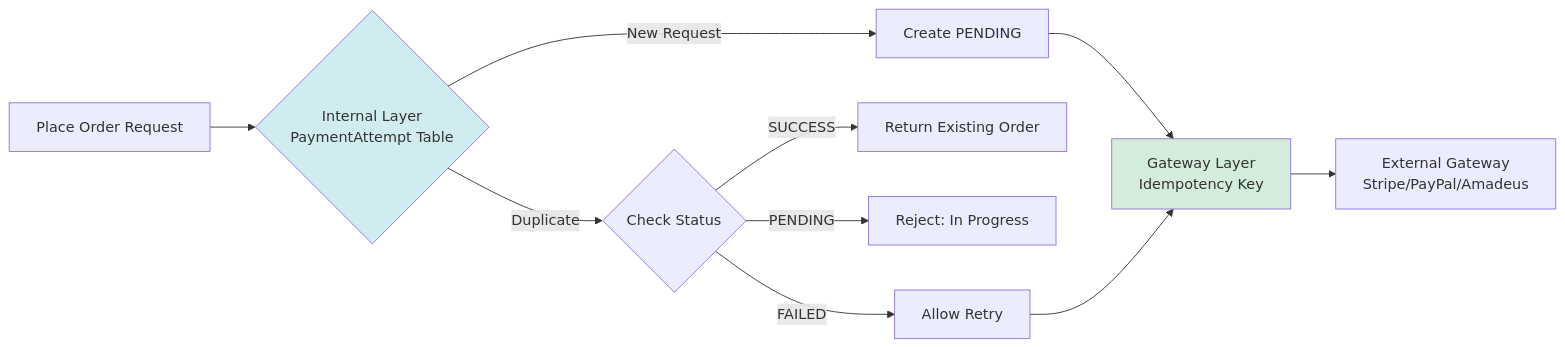
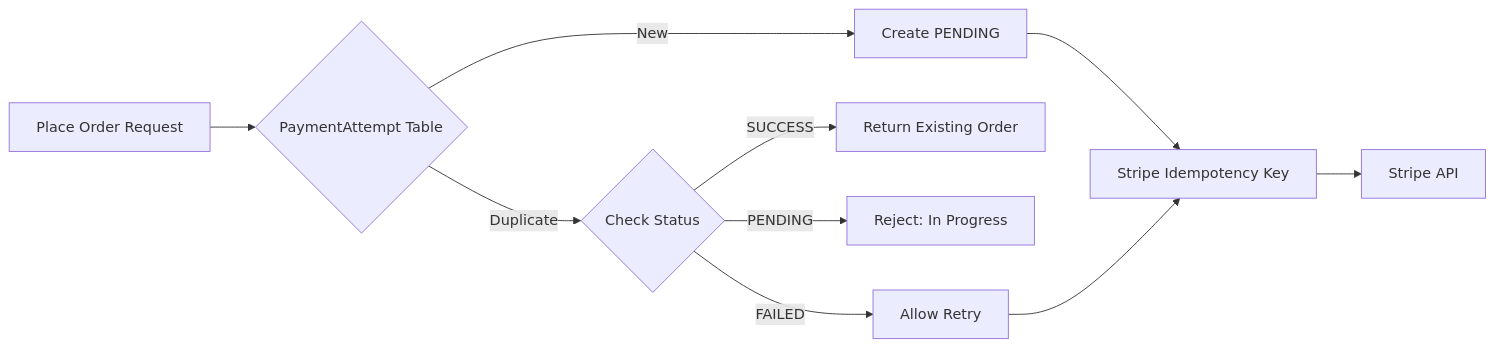
The fourth of 5 diagrams in docs/payment_gateway_design.md (RedaAwwad/Food-Delivery), drawn with Mermaid before and after one commit. The commit also changed other lines of this file and 6 other files, not shown here.

````diff
--- a/docs/payment_gateway_design.md
+++ b/docs/payment_gateway_design.md
@@ -361,19 +467,16 @@
 ```mermaid
 flowchart LR
-    Request[Place Order Request] --> Layer1{Internal Layer<br/>PaymentAttempt Table}
+    Request[Place Order Request] --> Layer1{PaymentAttempt Table}
     
-    Layer1 -->|New Request| CreatePending[Create PENDING]
+    Layer1 -->|New| CreatePending[Create PENDING]
     Layer1 -->|Duplicate| CheckStatus{Check Status}
     
     CheckStatus -->|SUCCESS| ReturnExisting[Return Existing Order]
     CheckStatus -->|PENDING| RejectDupe[Reject: In Progress]
     CheckStatus -->|FAILED| AllowRetry[Allow Retry]
     
-    CreatePending --> Layer2[Gateway Layer<br/>Idempotency Key]
+    CreatePending --> Layer2[Stripe Idempotency Key]
     AllowRetry --> Layer2
     
-    Layer2 --> Gateway[External Gateway<br/>Stripe/PayPal/Amadeus]
-    
-    style Layer1 fill:#d1ecf1
-    style Layer2 fill:#d4edda
+    Layer2 --> Gateway[Stripe API]
 ```
````
